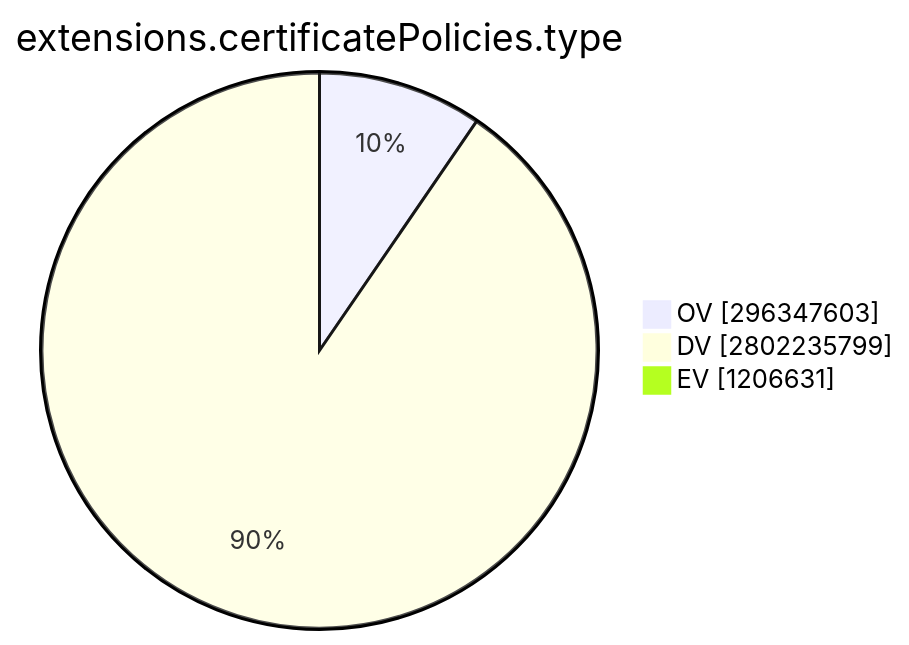
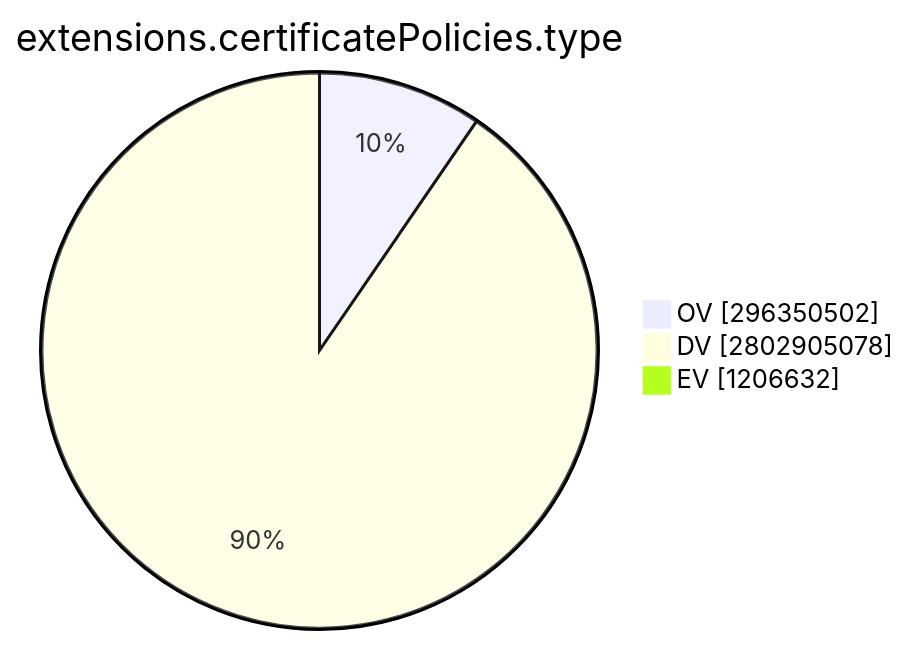
The ninth of 15 diagrams in TOTAL/README.md (christiankrug/ctmonitor_visualization), drawn with Mermaid before and after one commit. The commit also changed other lines of this file, not shown here.

````diff
--- a/TOTAL/README.md
+++ b/TOTAL/README.md
@@ -3099,7 +3099,7 @@
 ```mermaid
 pie showData
 title extensions.certificatePolicies.type
-"OV" :296347603
-"DV" :2802235799
-"EV" :1206631
+"OV" :296350502
+"DV" :2802905078
+"EV" :1206632
 ```
````
